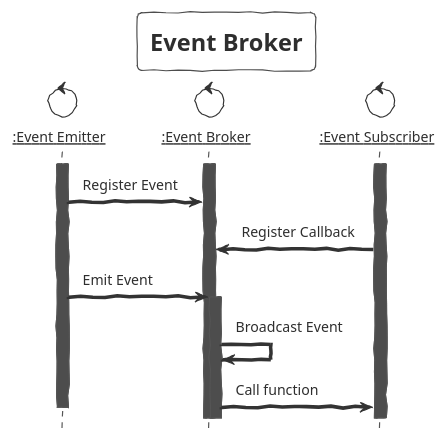
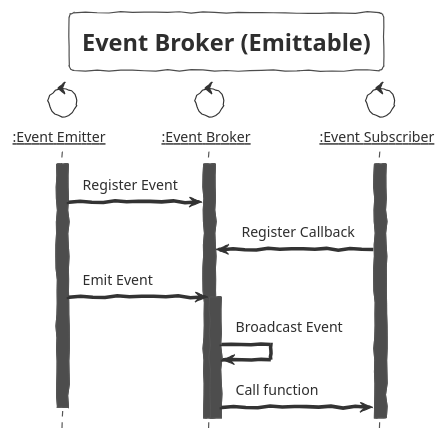
Before and after one commit to Reylyer/GameMaker-Framework: the first of 2 diagrams in plantuml/event_broker.puml, drawn with PlantUML. The commit also changed other lines of this file and 1 other file, not shown here.

```diff
--- a/plantuml/event_broker.puml
+++ b/plantuml/event_broker.puml
@@ -1,29 +1,29 @@
-@startuml Event Broker
+@startuml Event Broker - Emittable
 
-title Event Broker
+title Event Broker (Emittable)
 
 !theme sketchy-outline
 
 hide footbox
 
 control EventEmitter as "__:Event Emitter__"
 control EventBroker as "__:Event Broker__"
 control EventSubscriber as "__:Event Subscriber__"
 
 activate EventEmitter
 activate EventBroker
 activate EventSubscriber
 
 EventEmitter -> EventBroker: Register Event
 
 EventSubscriber -> EventBroker: Register Callback
 
 EventEmitter -> EventBroker: Emit Event
 
 activate EventBroker
 EventBroker -> EventBroker: Broadcast Event
 EventBroker -> EventSubscriber: Call function
 
 deactivate EventEmitter
 
 @enduml
```
